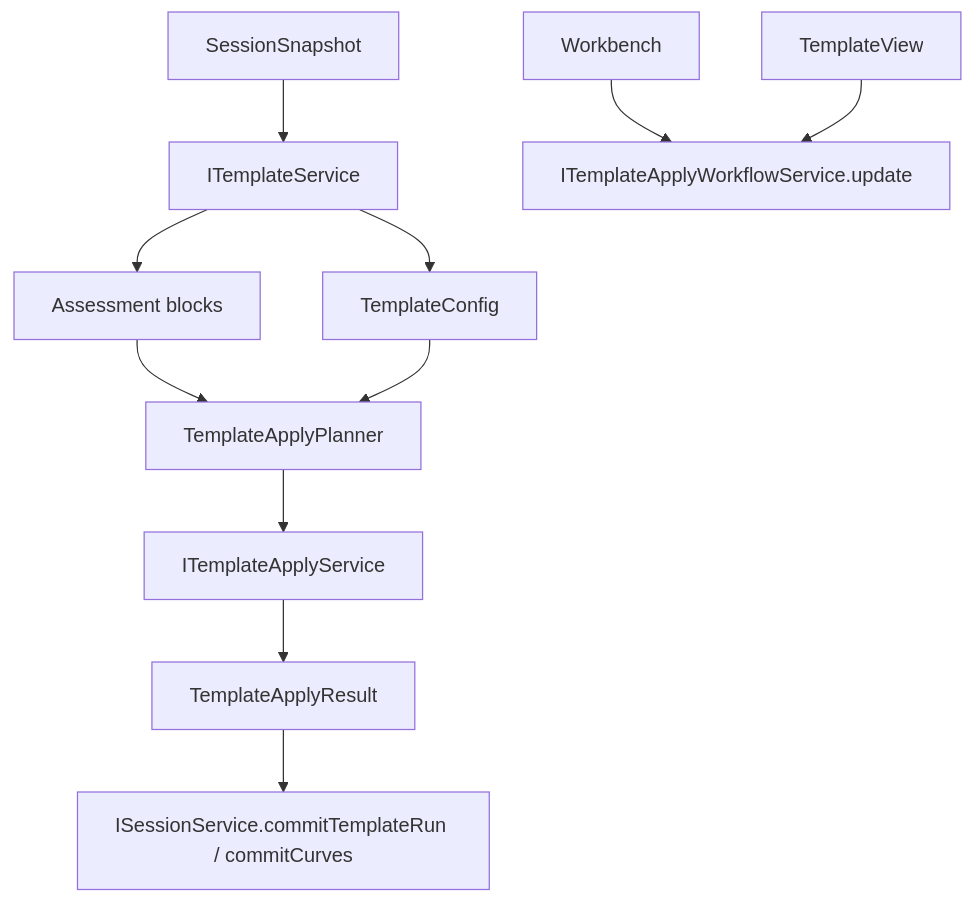
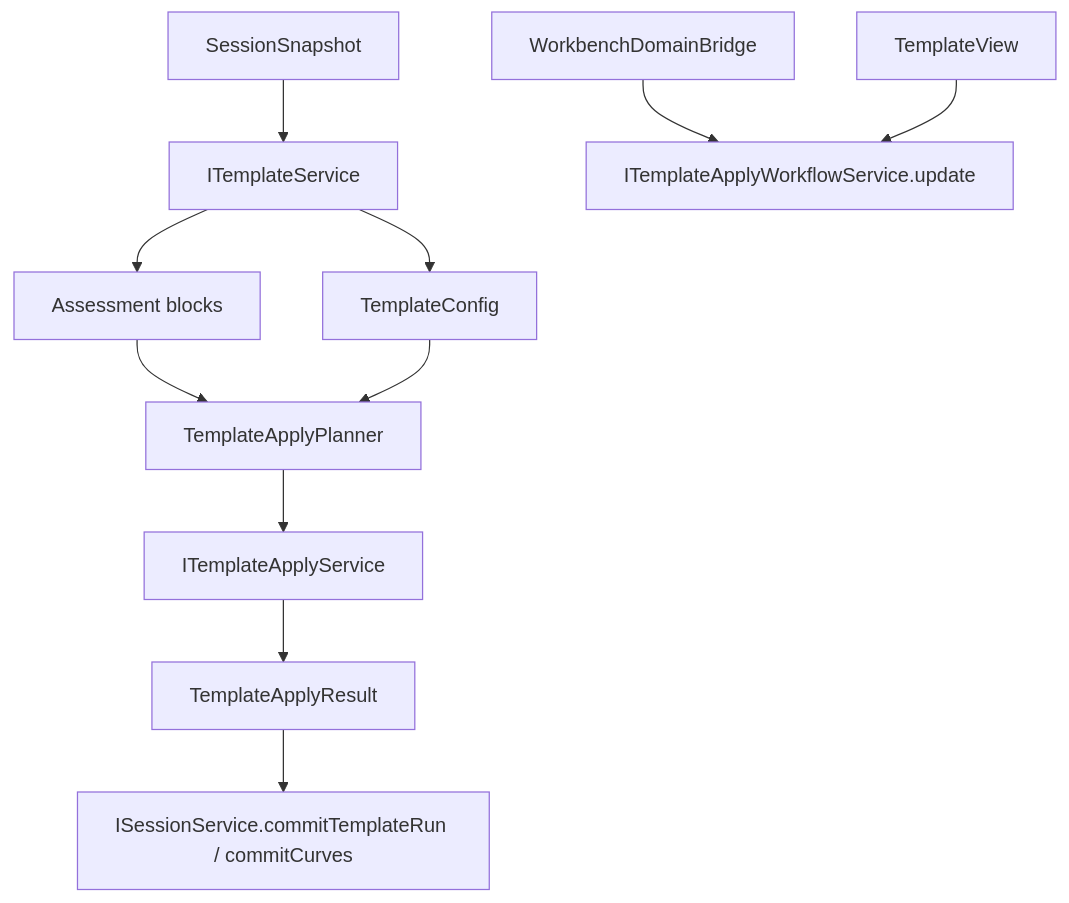
The diagram in .github/instructions/template.instructions.md (chogng/conductor), drawn with Mermaid before and after one commit. The commit also changed other lines of this file and 34 other files, not shown here.

````diff
--- a/.github/instructions/template.instructions.md
+++ b/.github/instructions/template.instructions.md
@@ -56,13 +56,13 @@
 ```mermaid
 flowchart TD
     Snapshot[SessionSnapshot] --> Template[ITemplateService]
     Template --> Assessment[Assessment blocks]
     Template --> Config[TemplateConfig]
-    Workbench --> Workflow[ITemplateApplyWorkflowService.update]
+    DomainBridge[WorkbenchDomainBridge] --> Workflow[ITemplateApplyWorkflowService.update]
     TemplateView --> Workflow
     Assessment --> Planner[TemplateApplyPlanner]
     Config --> Planner
     Planner --> Worker[ITemplateApplyService]
     Worker --> Result[TemplateApplyResult]
     Result --> Commit[ISessionService.commitTemplateRun / commitCurves]
 ```
````
